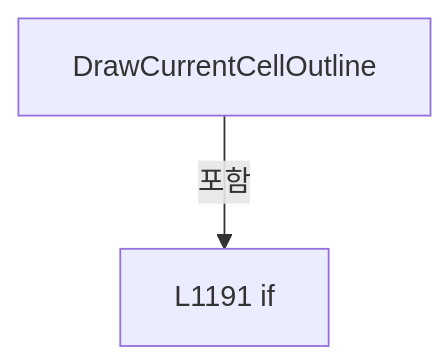
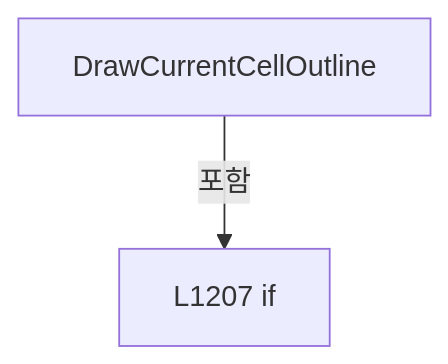
Diagram 12 of 22 in A3 LD Code Ref/files/Drilling.UI/Menu/Menus/CReviewGlassPreviewBuilder.cs.md (kjuws10-rgb/Shared), drawn with Mermaid before and after one commit. The commit also changed other lines of this file and 2071 other files, not shown here.

Commit message:
docs(a3): update 11.19.0 architecture and code reference

````diff
--- a/A3 LD Code Ref/files/Drilling.UI/Menu/Menus/CReviewGlassPreviewBuilder.cs.md
+++ b/A3 LD Code Ref/files/Drilling.UI/Menu/Menus/CReviewGlassPreviewBuilder.cs.md
@@ -2051,6 +2066,6 @@
 ```mermaid
 flowchart TD
  M["DrawCurrentCellOutline"]
- N0["L1191 if"]
+ N0["L1207 if"]
  M -->|포함| N0
 ```
````
